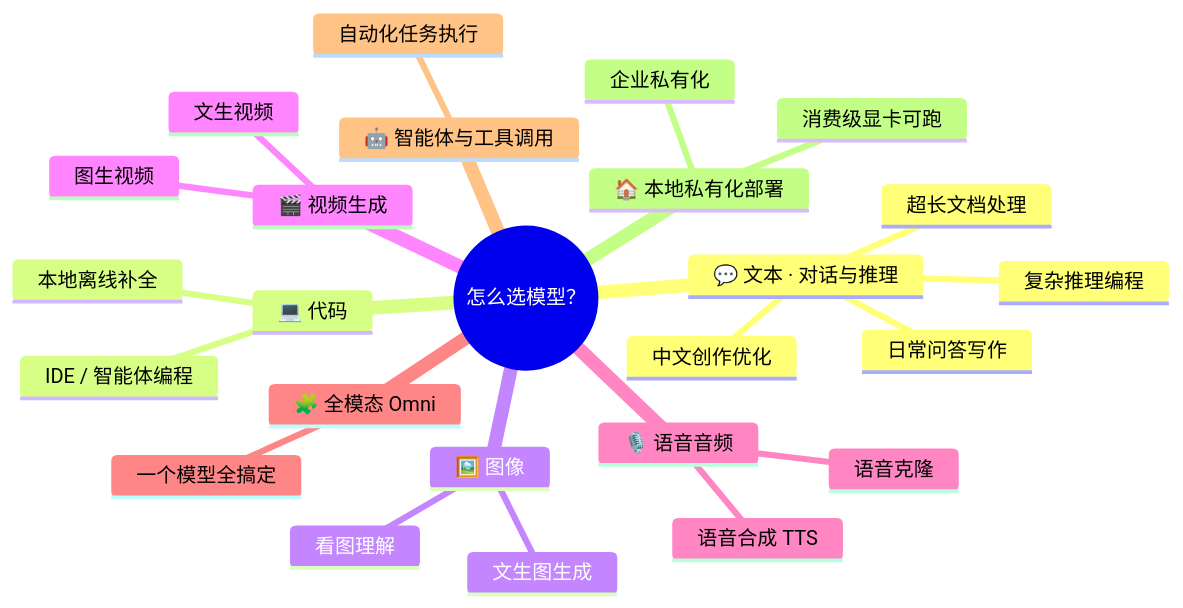
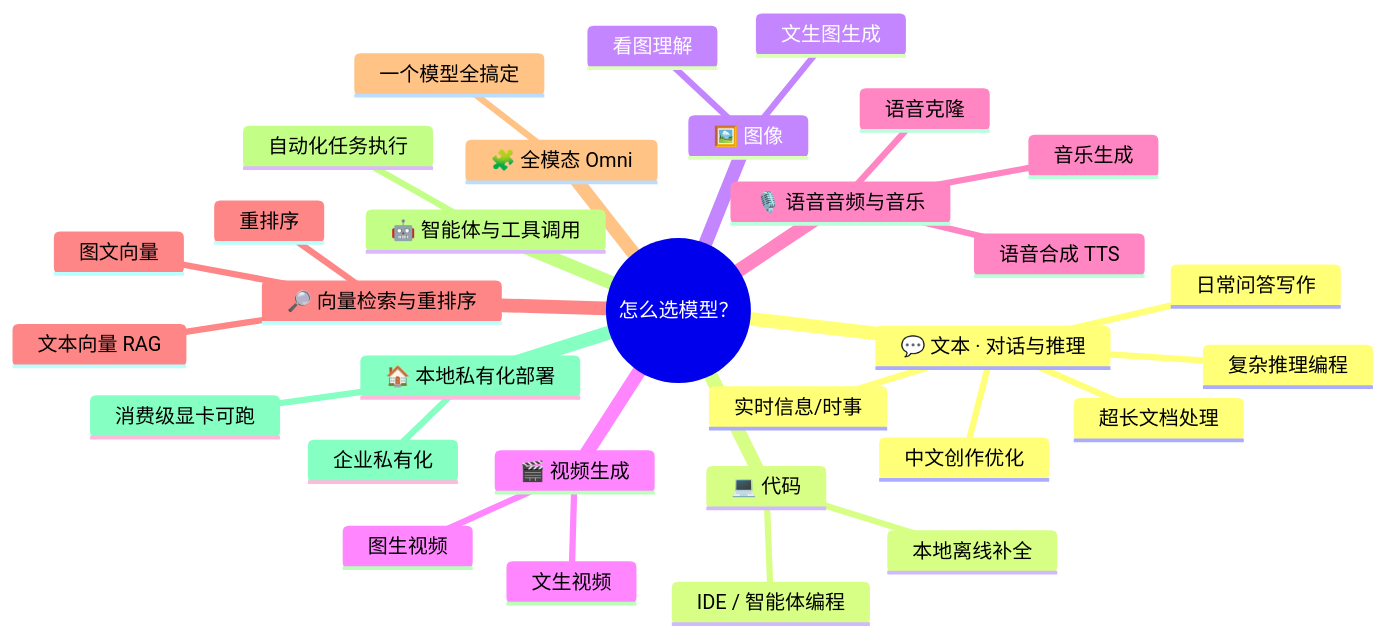
One commit to HoobenWang/awesome-llm-landscape changed the first of 3 diagrams in README.zh-CN.md. Above: the diagram before and after it, drawn with Mermaid. The commit also changed other lines of this file and 2 other files, not shown here.

````diff
--- a/README.zh-CN.md
+++ b/README.zh-CN.md
@@ -47,28 +48,34 @@
 ```mermaid
 mindmap
   root((怎么选模型？))
     💬 文本 · 对话与推理
       日常问答写作
       复杂推理编程
       超长文档处理
       中文创作优化
+      实时信息/时事
     💻 代码
       IDE / 智能体编程
       本地离线补全
     🖼️ 图像
       看图理解
       文生图生成
     🎬 视频生成
       文生视频
       图生视频
-    🎙️ 语音音频
+    🎙️ 语音音频与音乐
       语音合成 TTS
       语音克隆
+      音乐生成
+    🔎 向量检索与重排序
+      文本向量 RAG
+      图文向量
+      重排序
     🧩 全模态 Omni
       一个模型全搞定
     🤖 智能体与工具调用
       自动化任务执行
     🏠 本地私有化部署
       消费级显卡可跑
       企业私有化
 ```
````
